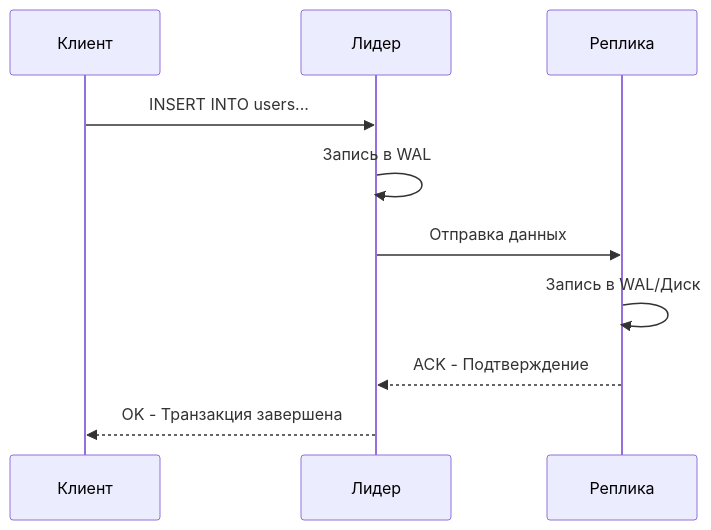
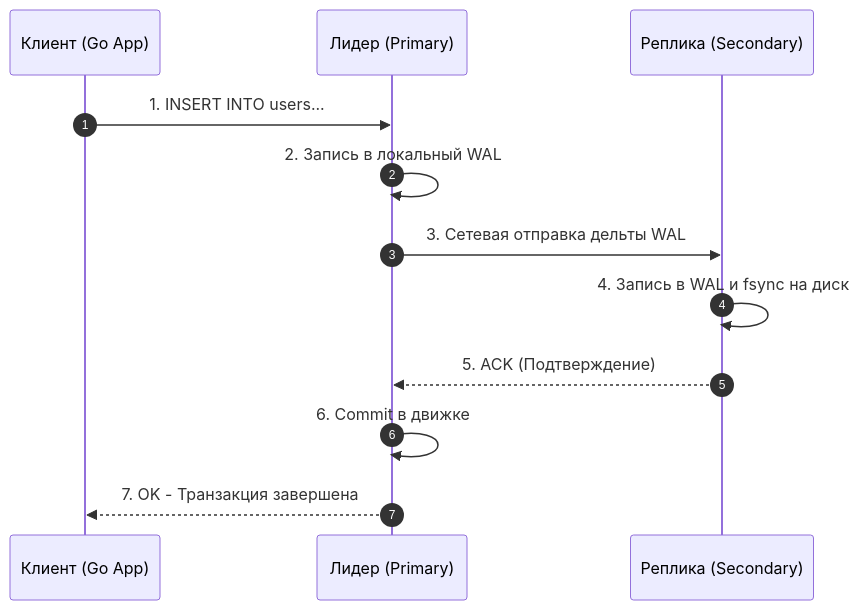
Before and after one commit to UnrealTemplier/go-textbook: the first of 3 diagrams in sources/12. Базы данных/08. Распределенные базы данных/1. Репликация. Sync vs Async.md, drawn with Mermaid. The commit also changed other lines of this file, not shown here.

````diff
--- a/sources/12. Базы данных/08. Распределенные базы данных/1. Репликация. Sync vs Async.md
+++ b/sources/12. Базы данных/08. Распределенные базы данных/1. Репликация. Sync vs Async.md
@@ -27,13 +29,15 @@
 ```mermaid
 sequenceDiagram
-    participant Client as Клиент
-    participant Leader as Лидер
-    participant Follower as Реплика
+    autonumber
+    participant Client as Клиент (Go App)
+    participant Leader as Лидер (Primary)
+    participant Follower as Реплика (Secondary)
 
-    Client->>Leader: INSERT INTO users...
-    Leader->>Leader: Запись в WAL
-    Leader->>Follower: Отправка данных
-    Follower->>Follower: Запись в WAL/Диск
-    Follower-->>Leader: ACK - Подтверждение
-    Leader-->>Client: OK - Транзакция завершена
+    Client->>Leader: 1. INSERT INTO users...
+    Leader->>Leader: 2. Запись в локальный WAL
+    Leader->>Follower: 3. Сетевая отправка дельты WAL
+    Follower->>Follower: 4. Запись в WAL и fsync на диск
+    Follower-->>Leader: 5. ACK (Подтверждение)
+    Leader->>Leader: 6. Commit в движке
+    Leader-->>Client: 7. OK - Транзакция завершена
 ```
````
